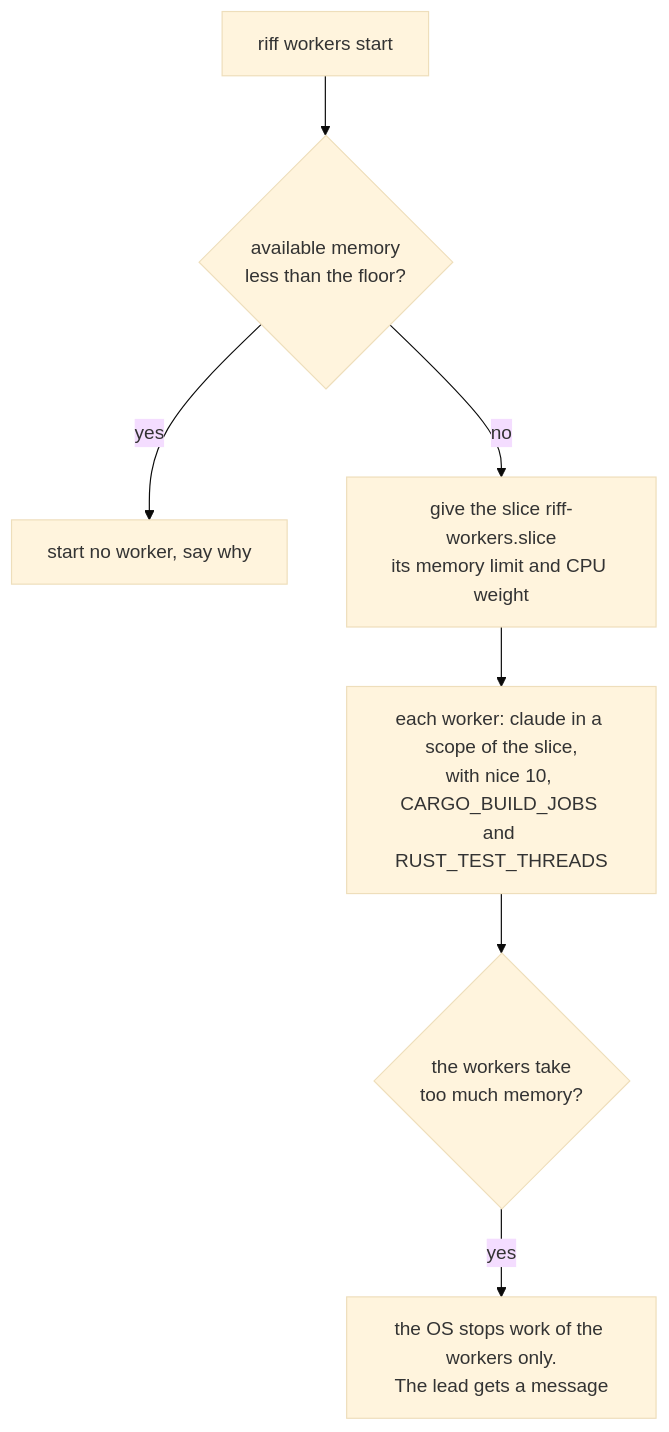
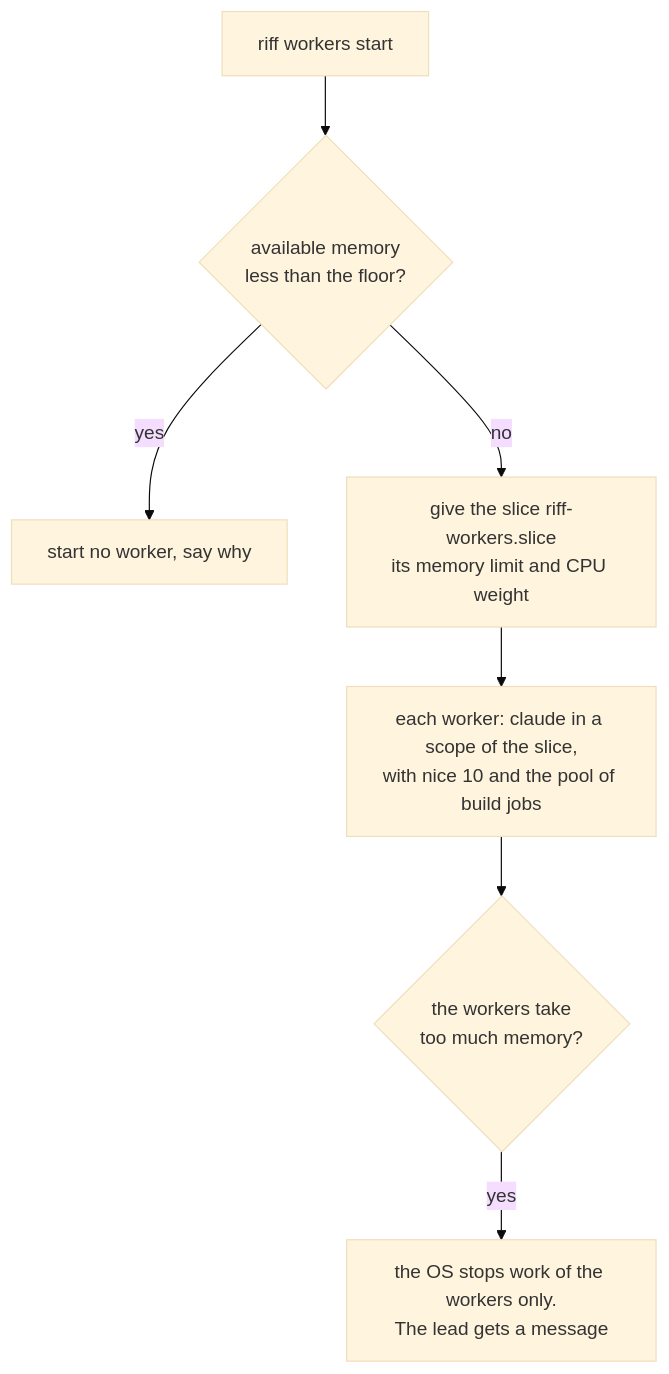
One commit to como-technologies/riff changed diagram 46 of 58 in docs/src/how-it-works.md. Above: the diagram before and after it, drawn with Mermaid (base theme). The commit also changed other lines of this file and 12 other files, not shown here.

First line of the commit message:
One pool of build jobs for each machine: the builds and tests of all workers share the physical cores less 1 (#461)

````diff
--- a/docs/src/how-it-works.md
+++ b/docs/src/how-it-works.md
@@ -3065,9 +3065,9 @@
 ```mermaid
 flowchart TD
     S["riff workers start"] --> F{"available memory<br/>less than the floor?"}
     F -- yes --> N["start no worker, say why"]
     F -- no --> M["give the slice riff-workers.slice<br/>its memory limit and CPU weight"]
-    M --> W["each worker: claude in a scope of the slice,<br/>with nice 10, CARGO_BUILD_JOBS and RUST_TEST_THREADS"]
+    M --> W["each worker: claude in a scope of the slice,<br/>with nice 10 and the pool of build jobs"]
     W --> K{"the workers take<br/>too much memory?"}
     K -- yes --> L["the OS stops work of the workers only.<br/>The lead gets a message"]
 ```
````
